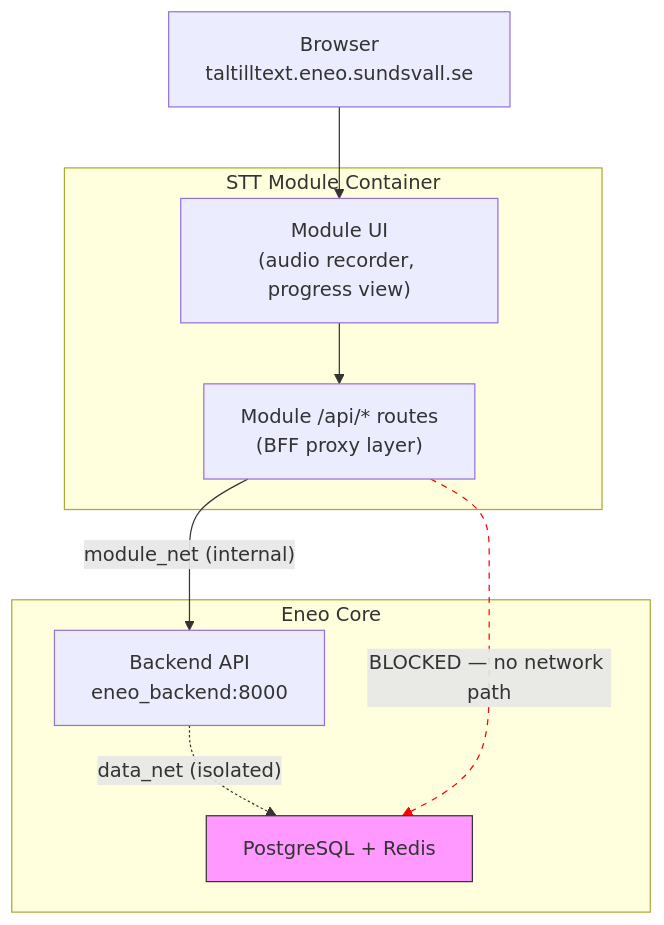
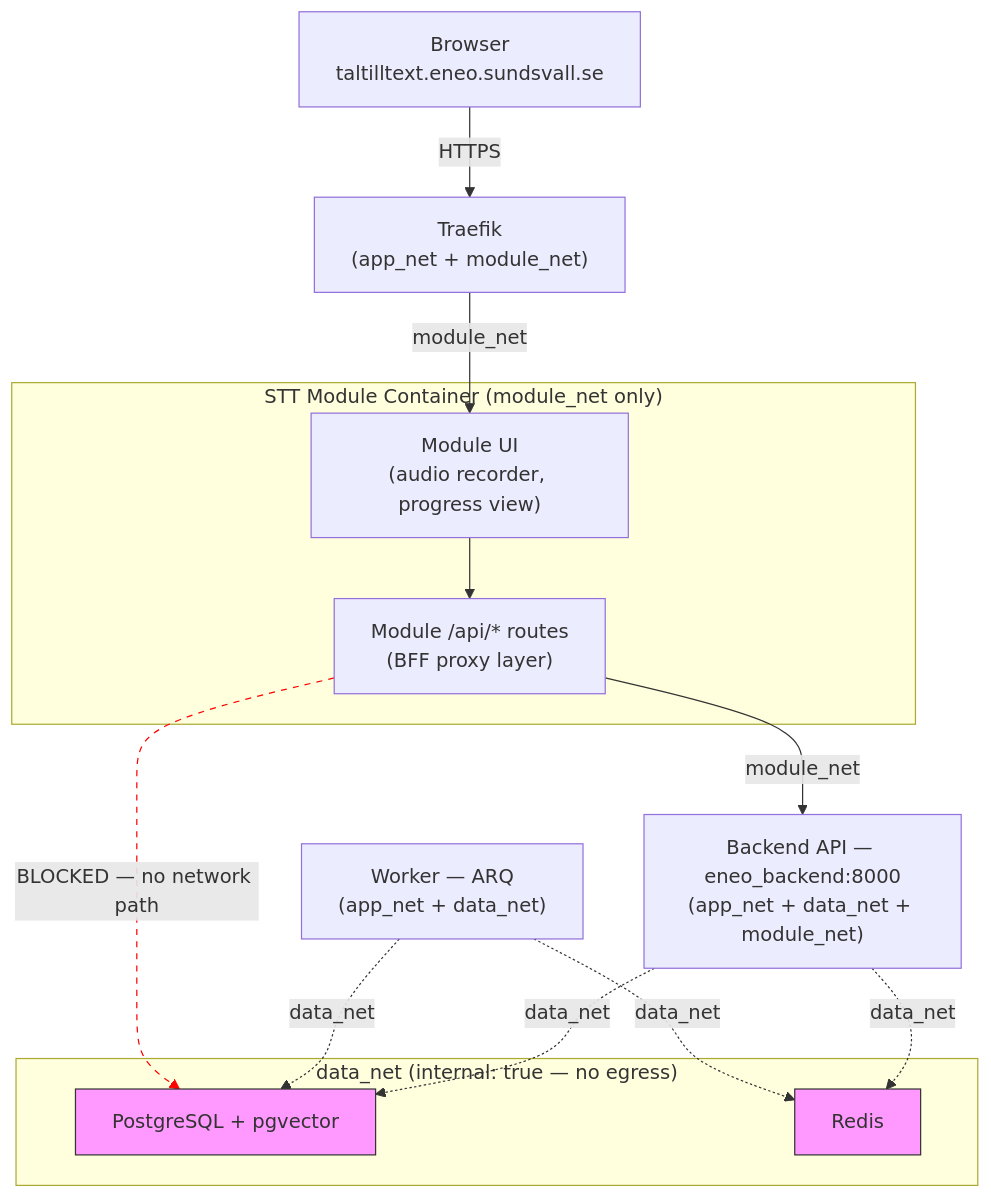
The second of 4 diagrams in README.md (CCimen/eneo-modules-example), drawn with Mermaid before and after one commit. The commit also changed other lines of this file, not shown here.

First line of the commit message:
docs(readme): add cross-reference links, fix BFF diagram, add auth broker sequence

````diff
--- a/README.md
+++ b/README.md
@@ -228,27 +232,40 @@
 ```mermaid
 flowchart TB
     Browser["`Browser
 taltilltext.eneo.sundsvall.se`"]
 
-    subgraph Module["STT Module Container"]
+    subgraph Module["STT Module Container (module_net only)"]
         ModUI["`Module UI
 (audio recorder, progress view)`"]
         ModAPI["`Module /api/* routes
 (BFF proxy layer)`"]
     end
 
-    subgraph Core["Eneo Core"]
-        Backend["`Backend API
-eneo_backend:8000`"]
-        DB["PostgreSQL + Redis"]
+    Traefik["`Traefik
+(app_net + module_net)`"]
+
+    Backend["`Backend API — eneo_backend:8000
+(app_net + data_net + module_net)`"]
+
+    Worker["`Worker — ARQ
+(app_net + data_net)`"]
+
+    subgraph data["data_net (internal: true — no egress)"]
+        DB["PostgreSQL + pgvector"]
+        Redis["Redis"]
     end
 
-    Browser --> ModUI
+    Browser -->|"HTTPS"| Traefik
+    Traefik -->|"module_net"| ModUI
     ModUI --> ModAPI
-    ModAPI -->|"module_net (internal)"| Backend
-    Backend -.->|"data_net (isolated)"| DB
+    ModAPI -->|"module_net"| Backend
+    Backend -.->|"data_net"| DB
+    Backend -.->|"data_net"| Redis
+    Worker -.->|"data_net"| DB
+    Worker -.->|"data_net"| Redis
     ModAPI -.->|"BLOCKED — no network path"| DB
 
     style DB fill:#f9f,stroke:#333
-    linkStyle 4 stroke:red,stroke-dasharray:5
+    style Redis fill:#f9f,stroke:#333
+    linkStyle 8 stroke:red,stroke-dasharray:5
 ```
````
